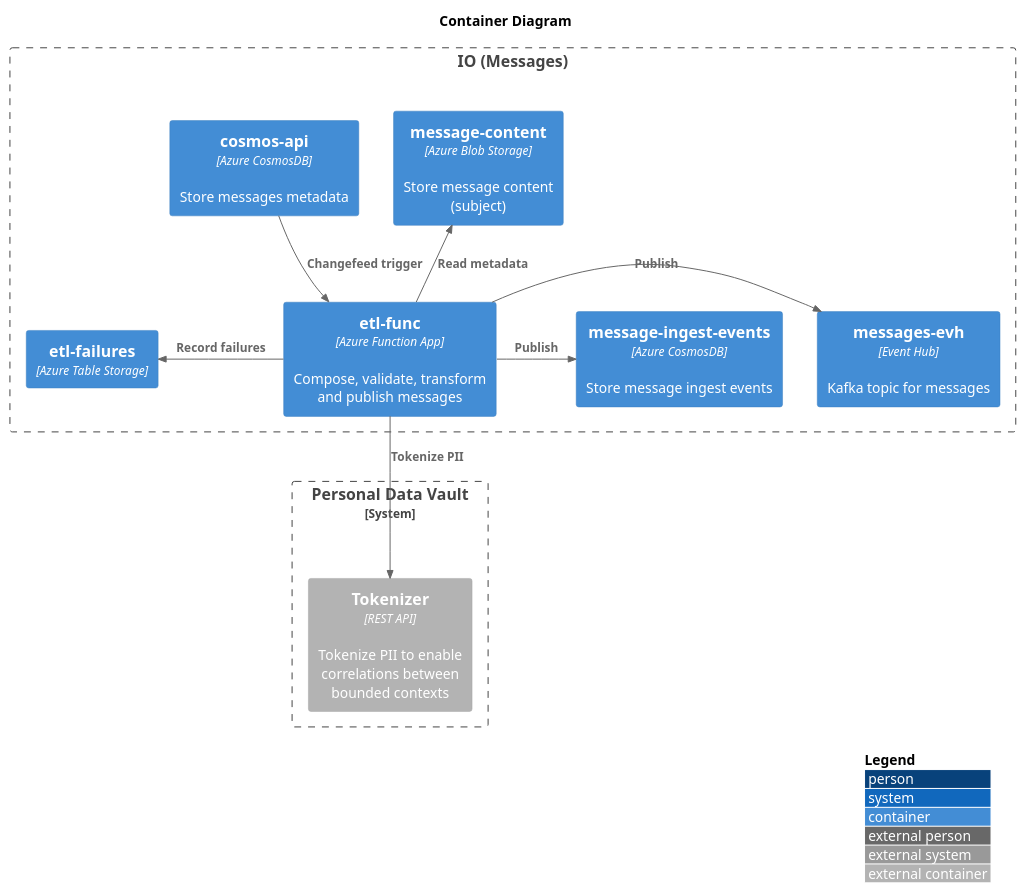
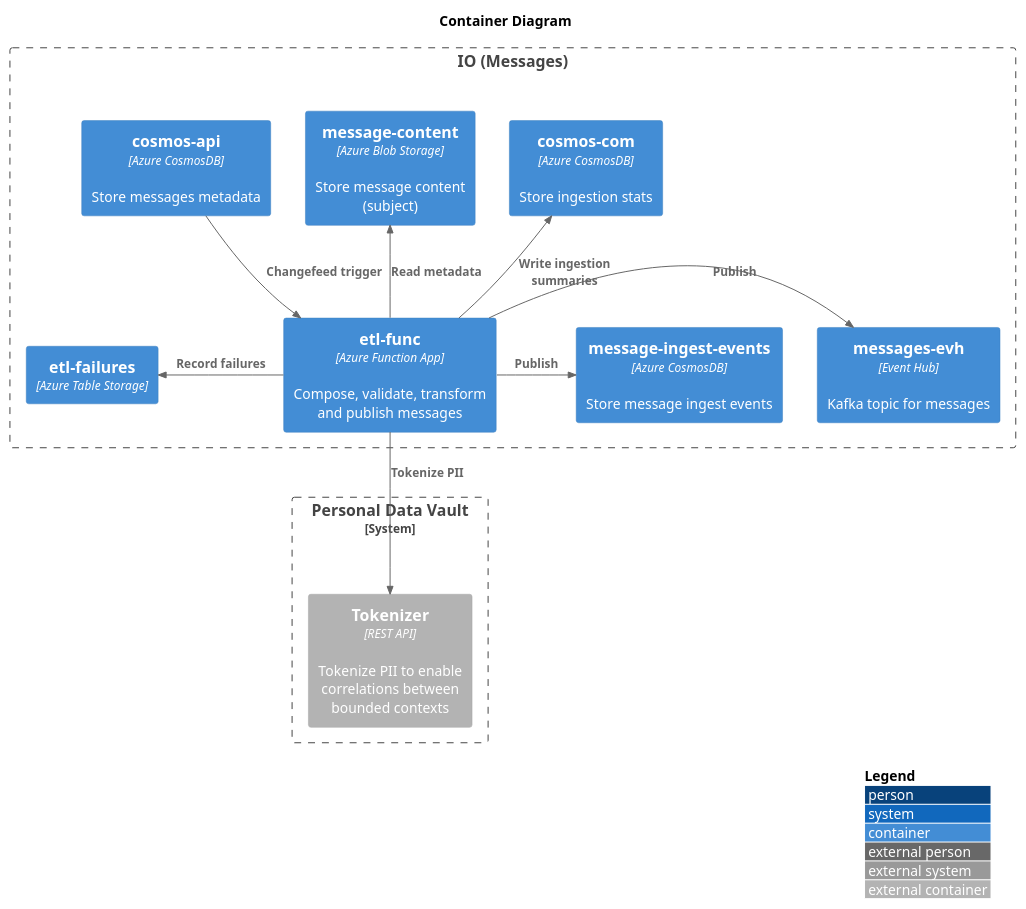
The diagram in docs/data-plan/container.puml (pagopa/io-messages), drawn with PlantUML before and after one commit. The commit also changed 1 other file, not shown here.

Commit message:
Update data-plan-container diagram (#142)
Added the new domain cosmos component inside the diagram.

---------

```diff
--- a/docs/data-plan/container.puml
+++ b/docs/data-plan/container.puml
@@ -1,31 +1,33 @@
 @startuml data-plan-container
 !include <C4/C4_Context>
 !include <C4/C4_Container>
 
 LAYOUT_WITH_LEGEND()
 
 title Container Diagram
 
 Boundary(io, "IO (Messages)") {
   Container(apidb, "cosmos-api", "Azure CosmosDB", "Store messages metadata")
+  Container(comDomainDb, "cosmos-com", "Azure CosmosDB", "Store ingestion stats")
   Container(msgst, "message-content", "Azure Blob Storage", "Store message content (subject)")
   Container(etlfn, "etl-func", "Azure Function App", "Compose, validate, transform and publish messages")
   Container(msgevh, "messages-evh", "Event Hub", "Kafka topic for messages")
   Container(msgsentevents, "message-ingest-events", "Azure CosmosDB", "Store message ingest events")
   Container(failtable, "etl-failures", "Azure Table Storage")
 }
 
 Rel_D(apidb, etlfn, "Changefeed trigger")
 Rel_R(etlfn, msgevh, "Publish")
 Rel_R(etlfn, msgsentevents, "Publish")
 
 Rel_U(etlfn, msgst, "Read metadata")
+Rel_U(etlfn, comDomainDb, "Write ingestion summaries")
 Rel_L(etlfn, failtable, "Record failures")
 
 System_Boundary(pdv, "Personal Data Vault") {
   Container_Ext(tok, "Tokenizer", "REST API", "Tokenize PII to enable correlations between bounded contexts")
 }
 
 Rel_D(etlfn, tok, "Tokenize PII")
 
 @enduml
```
